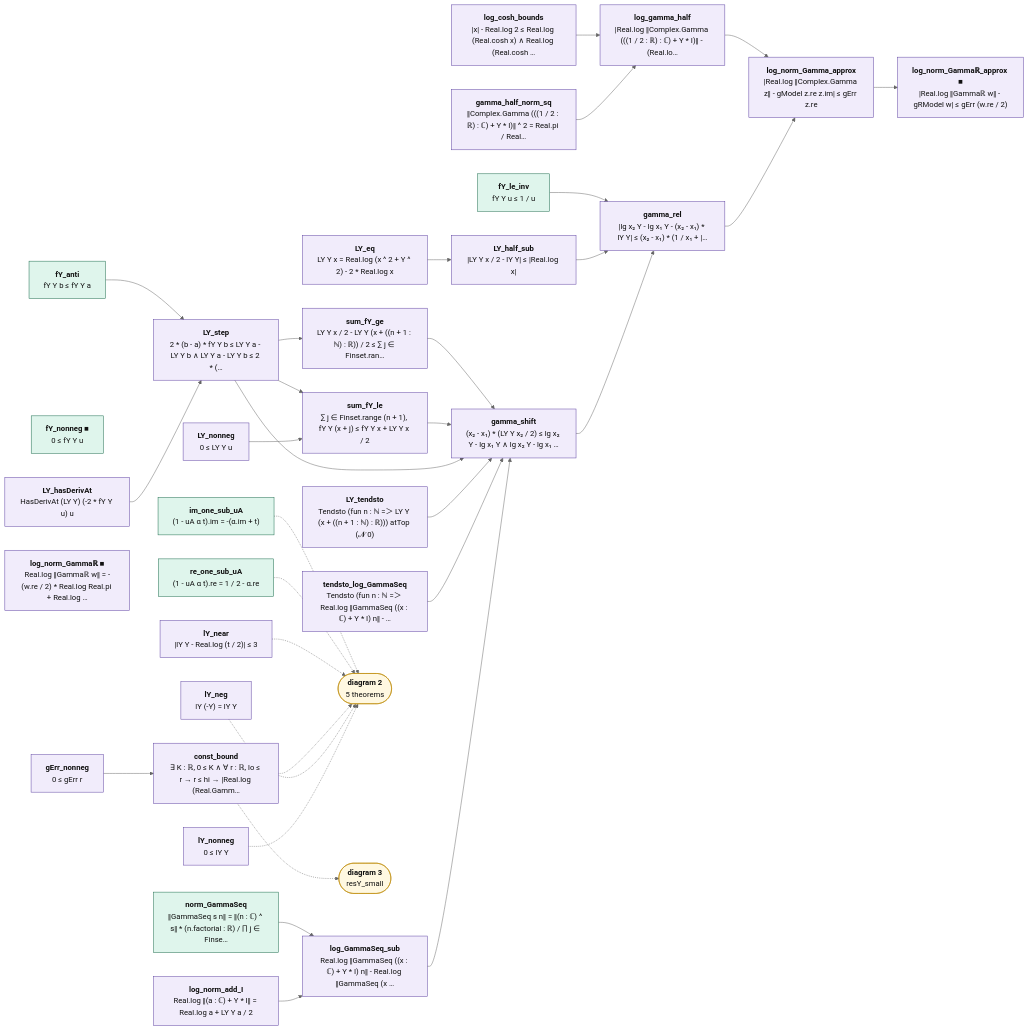
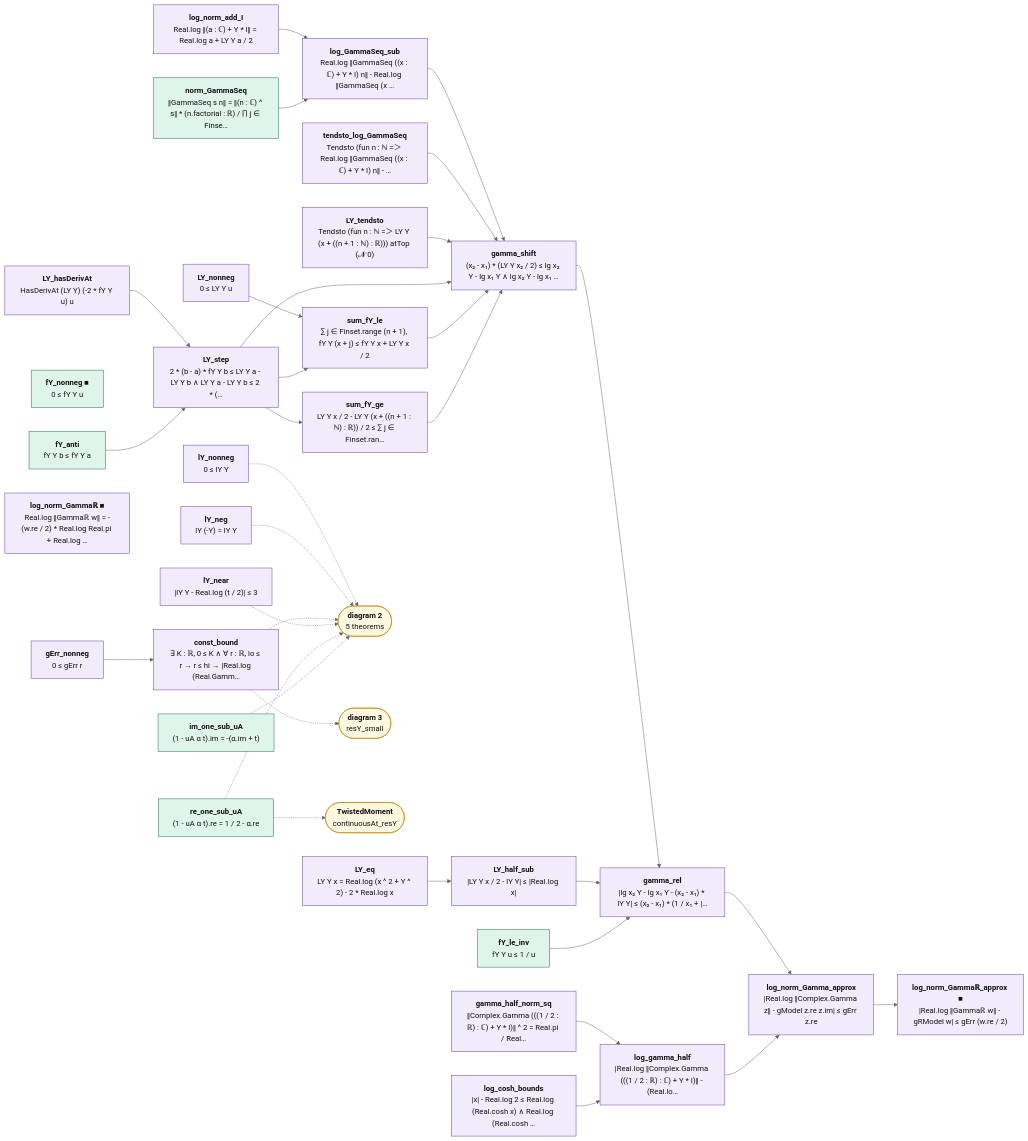
The diagram in map/lean_stage3/ApproxBounds.1.mmd (juliansambranojr/Primebeat_081426), drawn with Mermaid (neutral theme) before and after one commit. The commit also changed 32 other files, not shown here.

```diff
--- a/map/lean_stage3/ApproxBounds.1.mmd
+++ b/map/lean_stage3/ApproxBounds.1.mmd
@@ -1,71 +1,73 @@
 flowchart LR
   n0["<b>LY_hasDerivAt</b><br/>HasDerivAt (LY Y) (-2 * fY Y u) u"]:::shp
   n1["<b>fY_nonneg ■</b><br/>0 ≤ fY Y u"]:::cnt
   n2["<b>fY_anti</b><br/>fY Y b ≤ fY Y a"]:::cnt
   n3["<b>fY_le_inv</b><br/>fY Y u ≤ 1 / u"]:::cnt
   n4["<b>LY_nonneg</b><br/>0 ≤ LY Y u"]:::shp
   n5["<b>LY_step</b><br/>2 * (b - a) * fY Y b ≤ LY Y a - LY Y b ∧ LY Y a - LY Y b ≤ 2 * (…"]:::shp
   n6["<b>sum_fY_le</b><br/>∑ j ∈ Finset.range (n + 1), fY Y (x + j) ≤ fY Y x + LY Y x / 2"]:::shp
   n7["<b>sum_fY_ge</b><br/>LY Y x / 2 - LY Y (x + ((n + 1 : ℕ) : ℝ)) / 2 ≤ ∑ j ∈ Finset.ran…"]:::shp
   n8["<b>log_norm_add_I</b><br/>Real.log ‖(a : ℂ) + Y * I‖ = Real.log a + LY Y a / 2"]:::shp
   n9["<b>norm_GammaSeq</b><br/>‖GammaSeq s n‖ = ‖(n : ℂ) ^ s‖ * (n.factorial : ℝ) / ∏ j ∈ Finse…"]:::cnt
   n10["<b>log_GammaSeq_sub</b><br/>Real.log ‖GammaSeq ((x : ℂ) + Y * I) n‖ - Real.log ‖GammaSeq (x …"]:::shp
   n11["<b>tendsto_log_GammaSeq</b><br/>Tendsto (fun n : ℕ =＞ Real.log ‖GammaSeq ((x : ℂ) + Y * I) n‖ - …"]:::shp
   n12["<b>LY_tendsto</b><br/>Tendsto (fun n : ℕ =＞ LY Y (x + ((n + 1 : ℕ) : ℝ))) atTop (𝓝 0)"]:::shp
   n13["<b>gamma_shift</b><br/>(x₂ - x₁) * (LY Y x₂ / 2) ≤ lg x₂ Y - lg x₁ Y ∧ lg x₂ Y - lg x₁ …"]:::shp
   n14["<b>lY_nonneg</b><br/>0 ≤ lY Y"]:::shp
   n15["<b>lY_neg</b><br/>lY (-Y) = lY Y"]:::shp
   n16["<b>LY_eq</b><br/>LY Y x = Real.log (x ^ 2 + Y ^ 2) - 2 * Real.log x"]:::shp
   n17["<b>LY_half_sub</b><br/>|LY Y x / 2 - lY Y| ≤ |Real.log x|"]:::shp
   n18["<b>gamma_rel</b><br/>|lg x₂ Y - lg x₁ Y - (x₂ - x₁) * lY Y| ≤ (x₂ - x₁) * (1 / x₁ + |…"]:::shp
   n19["<b>gamma_half_norm_sq</b><br/>‖Complex.Gamma (((1 / 2 : ℝ) : ℂ) + Y * I)‖ ^ 2 = Real.pi / Real…"]:::shp
   n20["<b>log_cosh_bounds</b><br/>|x| - Real.log 2 ≤ Real.log (Real.cosh x) ∧ Real.log (Real.cosh …"]:::shp
   n21["<b>log_gamma_half</b><br/>|Real.log ‖Complex.Gamma (((1 / 2 : ℝ) : ℂ) + Y * I)‖ - (Real.lo…"]:::shp
   n22["<b>log_norm_Gamma_approx</b><br/>|Real.log ‖Complex.Gamma z‖ - gModel z.re z.im| ≤ gErr z.re"]:::shp
   n23["<b>log_norm_Gammaℝ ■</b><br/>Real.log ‖Gammaℝ w‖ = -(w.re / 2) * Real.log Real.pi + Real.log …"]:::shp
   n24["<b>log_norm_Gammaℝ_approx ■</b><br/>|Real.log ‖Gammaℝ w‖ - gRModel w| ≤ gErr (w.re / 2)"]:::shp
   n25["<b>gErr_nonneg</b><br/>0 ≤ gErr r"]:::shp
   n26["<b>const_bound</b><br/>∃ K : ℝ, 0 ≤ K ∧ ∀ r : ℝ, lo ≤ r → r ≤ hi → |Real.log (Real.Gamm…"]:::shp
   n27["<b>lY_near</b><br/>|lY Y - Real.log (t / 2)| ≤ 3"]:::shp
   n28["<b>re_one_sub_uA</b><br/>(1 - uA α t).re = 1 / 2 - α.re"]:::cnt
   n29["<b>im_one_sub_uA</b><br/>(1 - uA α t).im = -(α.im + t)"]:::cnt
   x0(["<b>diagram 2</b><br/>5 theorems"]):::ext
   x1(["<b>diagram 3</b><br/>resY_small"]):::ext
+  x2(["<b>TwistedMoment</b><br/>continuousAt_resY"]):::ext
   n0 --> n5
   n10 --> n13
   n11 --> n13
   n12 --> n13
   n13 --> n18
   n16 --> n17
   n17 --> n18
   n18 --> n22
   n19 --> n21
   n2 --> n5
   n20 --> n21
   n21 --> n22
   n22 --> n24
   n25 --> n26
   n3 --> n18
   n4 --> n6
   n5 --> n13
   n5 --> n6
   n5 --> n7
   n6 --> n13
   n7 --> n13
   n8 --> n10
   n9 --> n10
   n14 -.-> x0
   n15 -.-> x0
   n26 -.-> x0
   n26 -.-> x1
   n27 -.-> x0
   n28 -.-> x0
+  n28 -.-> x2
   n29 -.-> x0
   classDef cnt fill:#dff5ec,stroke:#17694a,color:#111
   classDef shp fill:#f1ecfb,stroke:#5b3fa0,color:#111
   classDef rh fill:#ffe5e5,stroke:#c22,color:#111,stroke-width:2px
   classDef thm fill:#eef4ff,stroke:#335,color:#111
   classDef end_ fill:#e7f7e7,stroke:#2a7,color:#111,stroke-width:2px
   classDef lone fill:#fff,stroke:#999,color:#111,stroke-dasharray:4 3
   classDef bad fill:#ffe5e5,stroke:#c22,color:#111,stroke-width:2px
   classDef ext fill:#fff8e1,stroke:#b80,color:#111
```
